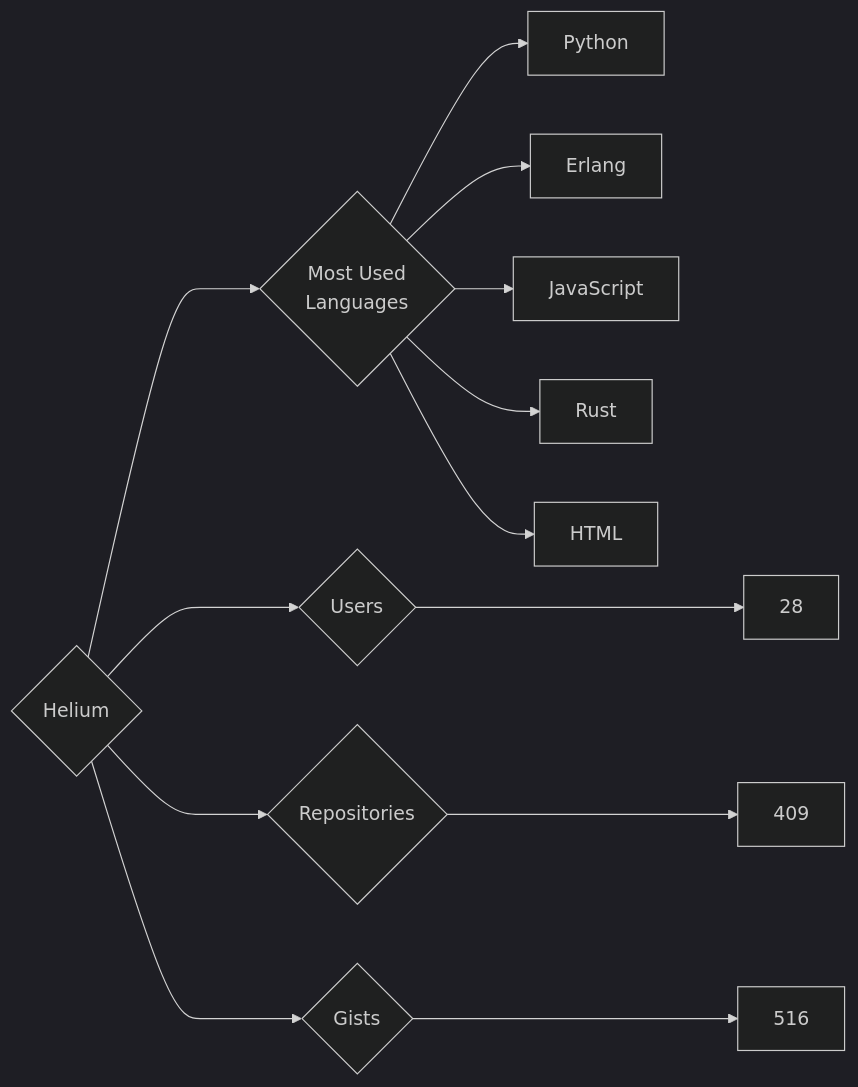
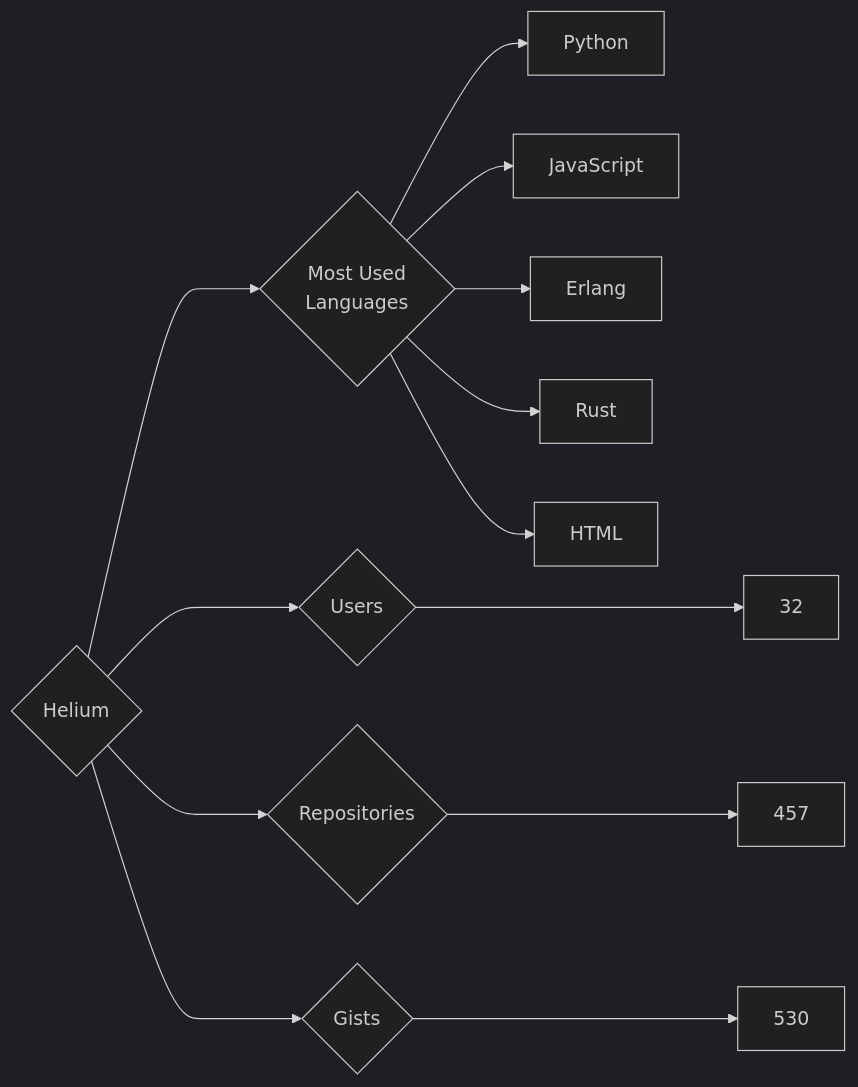
One commit to trickest/insiders changed the diagram in targets/Helium/README.md. Above: the diagram before and after it, drawn with Mermaid (dark theme). The commit also changed 629 other files, not shown here.

````diff
--- a/targets/Helium/README.md
+++ b/targets/Helium/README.md
@@ -3,13 +3,13 @@
 ```mermaid
 graph LR
 COMPANY_NAME{Helium}
-COMPANY_NAME ---> U{Users} ---> UN[28]
-COMPANY_NAME ---> R{Repositories} ---> RN[409]
-COMPANY_NAME ---> G{Gists} ---> GN[516]
+COMPANY_NAME ---> U{Users} ---> UN[32]
+COMPANY_NAME ---> R{Repositories} ---> RN[457]
+COMPANY_NAME ---> G{Gists} ---> GN[530]
 COMPANY_NAME ---> ML{Most Used<br>Languages}
 ML --> Python[Python]
+ML --> JavaScript[JavaScript]
 ML --> Erlang[Erlang]
-ML --> JavaScript[JavaScript]
 ML --> Rust[Rust]
 ML --> HTML[HTML]
 ```
````
